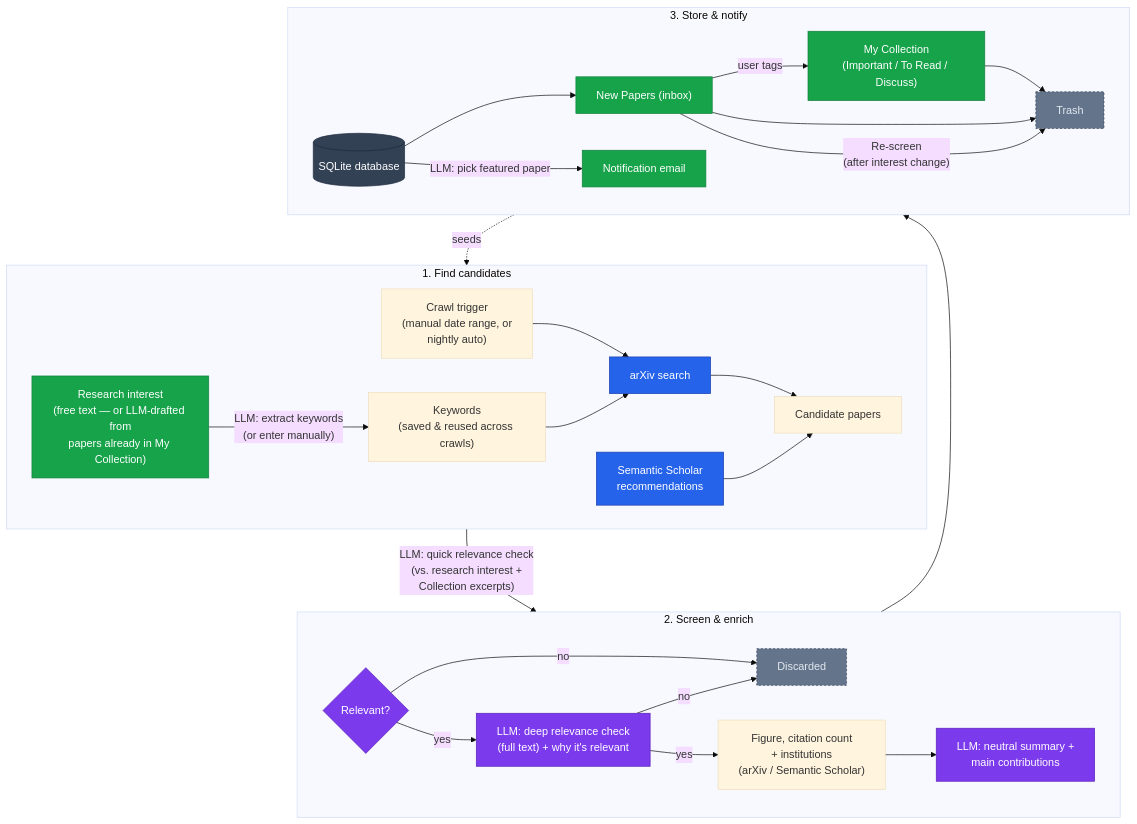
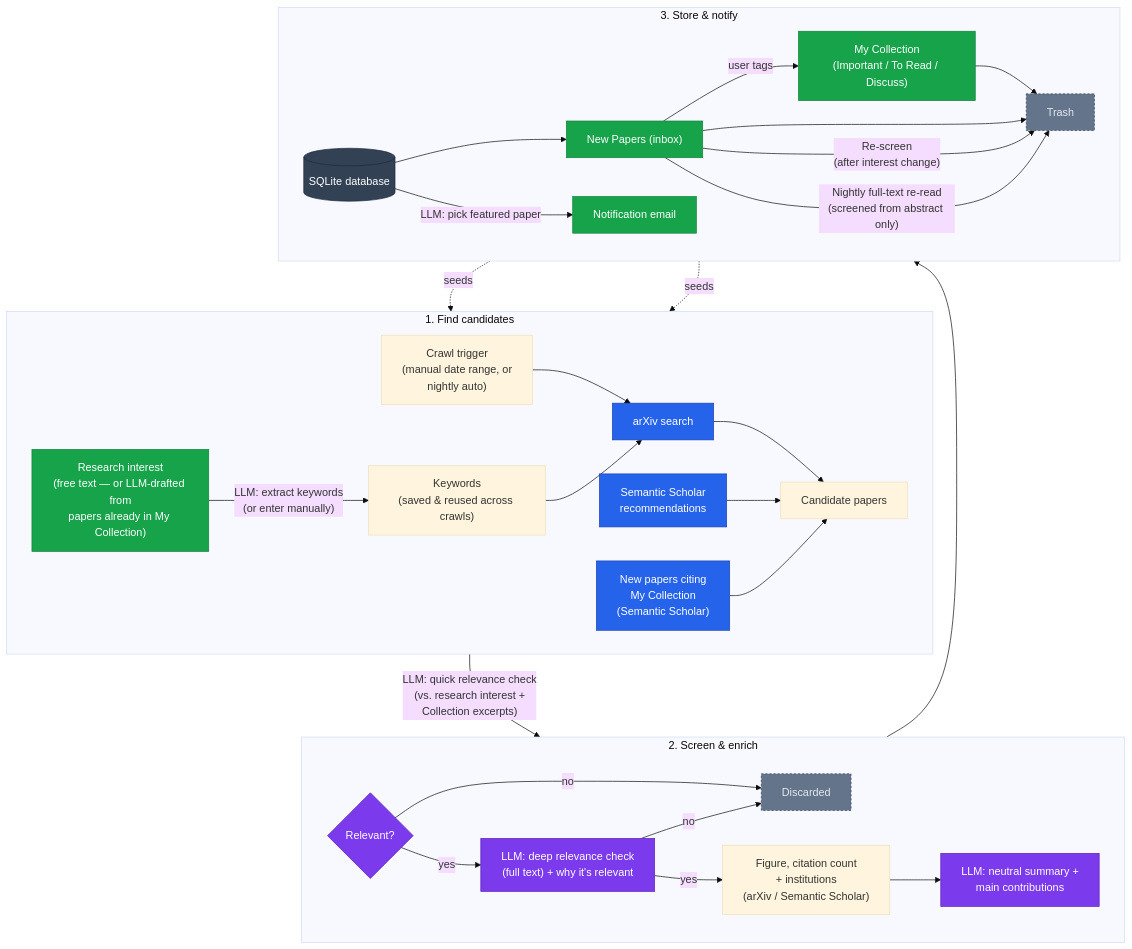
The diagram in README.md (MassEast/paper-agent), drawn with Mermaid (base theme) before and after one commit. The commit also changed other lines of this file and 12 other files, not shown here.

````diff
--- a/README.md
+++ b/README.md
@@ -26,45 +26,48 @@
 ```mermaid
 flowchart TD
     subgraph Phase1["1. Find candidates"]
         direction LR
         RI["Research interest<br/>(free text — or LLM-drafted from<br/>papers already in My Collection)"] -->|"LLM: extract keywords<br/>(or enter manually)"| KW["Keywords<br/>(saved & reused across crawls)"]
         SCHED["Crawl trigger<br/>(manual date range, or<br/>nightly auto)"] --> ARX["arXiv search"]
         KW --> ARX
         ARX --> CAND["Candidate papers"]
         SS["Semantic Scholar<br/>recommendations"] --> CAND
+        CITE["New papers citing<br/>My Collection<br/>(Semantic Scholar)"] --> CAND
     end
 
     subgraph Phase2["2. Screen & enrich"]
         direction LR
         Q{Relevant?} -- yes --> DEEP["LLM: deep relevance check<br/>(full text) + why it's relevant"]
         Q -- no --> DROP["Discarded"]
         DEEP -- no --> DROP
         DEEP -- yes --> FIG["Figure, citation count<br/>+ institutions<br/>(arXiv / Semantic Scholar)"]
         FIG --> SUM["LLM: neutral summary +<br/>main contributions"]
     end
 
     subgraph Phase3["3. Store & notify"]
         direction LR
         DB[("SQLite database")] --> NEW["New Papers (inbox)"]
         NEW -->|"user tags"| COLL["My Collection<br/>(Important / To Read / Discuss)"]
         COLL --> TRASH["Trash"]
         NEW --> TRASH
         NEW -->|"Re-screen<br/>(after interest change)"| TRASH
+        NEW -->|"Nightly full-text re-read<br/>(screened from abstract only)"| TRASH
         DB -->|"LLM: pick featured paper"| MAIL["Notification email"]
     end
 
     CAND -->|"LLM: quick relevance check<br/>(vs. research interest +<br/>Collection excerpts)"| Q
     SUM --> DB
     COLL -.->|"seeds"| SS
+    COLL -.->|"seeds"| CITE
 
     classDef external fill:#2563eb,color:#fff,stroke:#1e40af,stroke-width:1px
     classDef llm fill:#7c3aed,color:#fff,stroke:#5b21b6,stroke-width:1px
     classDef store fill:#334155,color:#fff,stroke:#1e293b,stroke-width:1px
     classDef endpoint fill:#16a34a,color:#fff,stroke:#15803d,stroke-width:1px
     classDef dropped fill:#64748b,color:#e2e8f0,stroke:#334155,stroke-width:1px,stroke-dasharray:3 3
-    class ARX,SS external
+    class ARX,SS,CITE external
     class Q,DEEP,SUM llm
     class DB store
     class RI,NEW,COLL,MAIL endpoint
     class DROP,TRASH dropped
 ```
````
